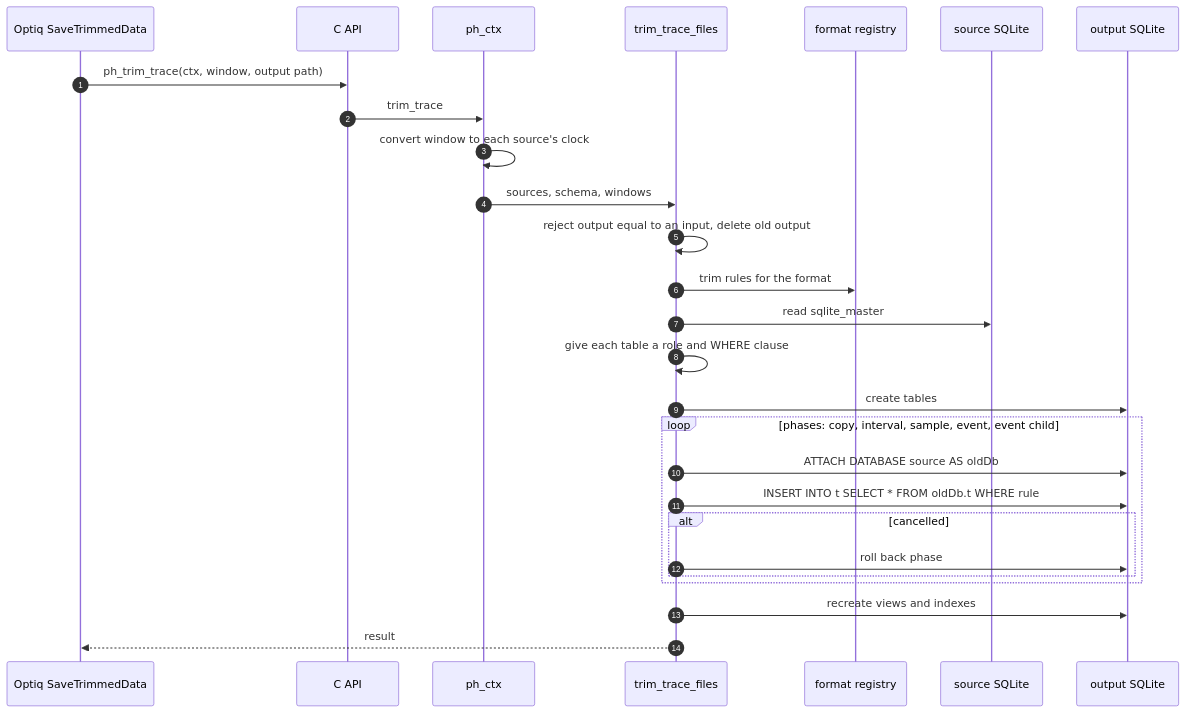
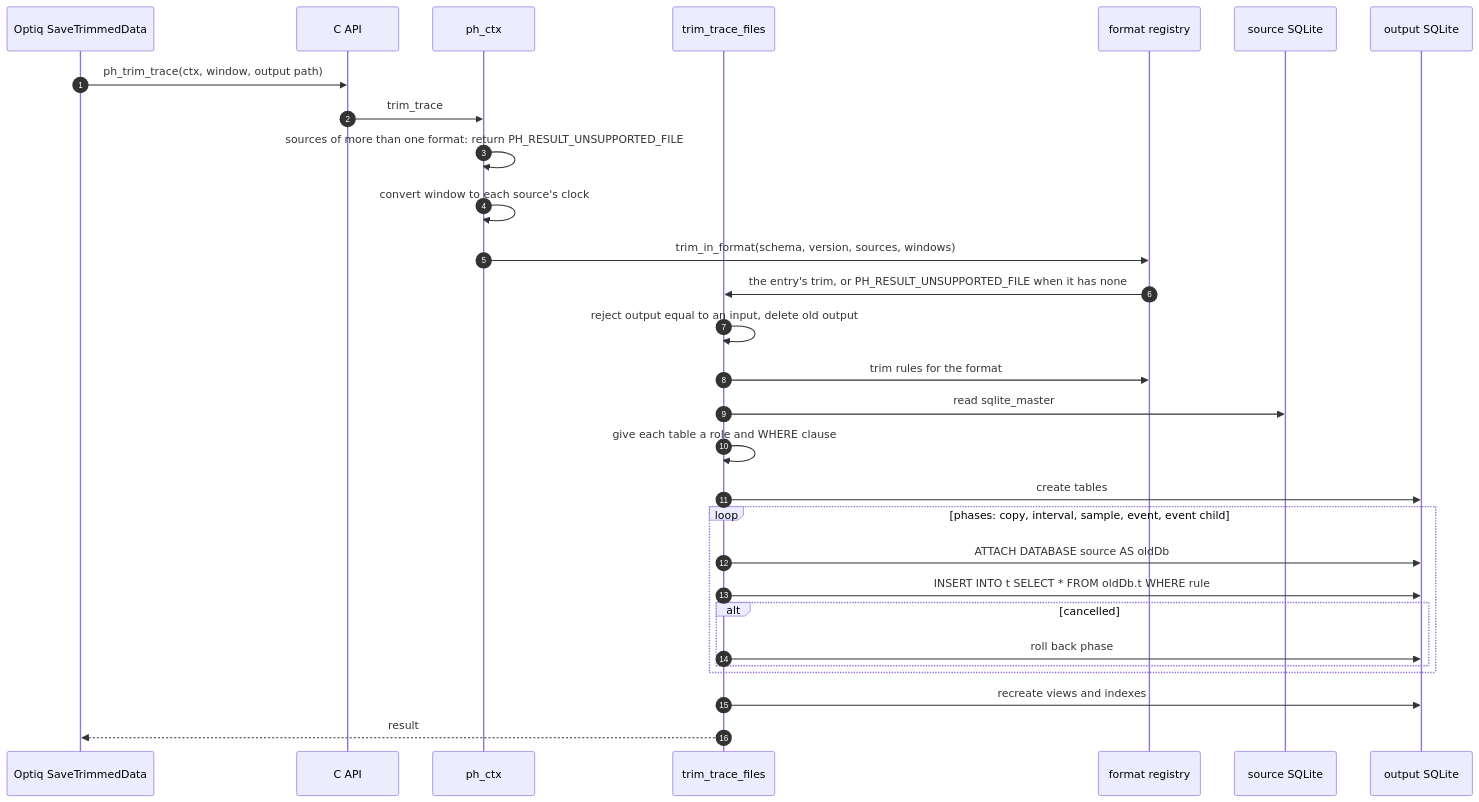
Before and after one commit to ROCm/rocm-systems: the seventh of 8 diagrams in profilers/profiler-hub/docs/optiq-integration/reader-execution-flow.md, drawn with Mermaid. The commit also changed other lines of this file and 3 other files, not shown here.

First line of the commit message:
docs(profiler-hub): say trim goes through the registry entry

````diff
--- a/profilers/profiler-hub/docs/optiq-integration/reader-execution-flow.md
+++ b/profilers/profiler-hub/docs/optiq-integration/reader-execution-flow.md
@@ -412,30 +413,32 @@
 ```mermaid
 sequenceDiagram
   autonumber
   participant O as Optiq SaveTrimmedData
   participant C as C API
   participant X as ph_ctx
   participant TT as trim_trace_files
   participant R as format registry
   participant S as source SQLite
   participant OUT as output SQLite
 
   O->>C: ph_trim_trace(ctx, window, output path)
   C->>X: trim_trace
+  X->>X: sources of more than one format: return PH_RESULT_UNSUPPORTED_FILE
   X->>X: convert window to each source's clock
-  X->>TT: sources, schema, windows
+  X->>R: trim_in_format(schema, version, sources, windows)
+  R->>TT: the entry's trim, or PH_RESULT_UNSUPPORTED_FILE when it has none
   TT->>TT: reject output equal to an input, delete old output
   TT->>R: trim rules for the format
   TT->>S: read sqlite_master
   TT->>TT: give each table a role and WHERE clause
   TT->>OUT: create tables
   loop phases: copy, interval, sample, event, event child
     TT->>OUT: ATTACH DATABASE source AS oldDb
     TT->>OUT: INSERT INTO t SELECT * FROM oldDb.t WHERE rule
     alt cancelled
       TT->>OUT: roll back phase
     end
   end
   TT->>OUT: recreate views and indexes
   TT-->>O: result
 ```
````
